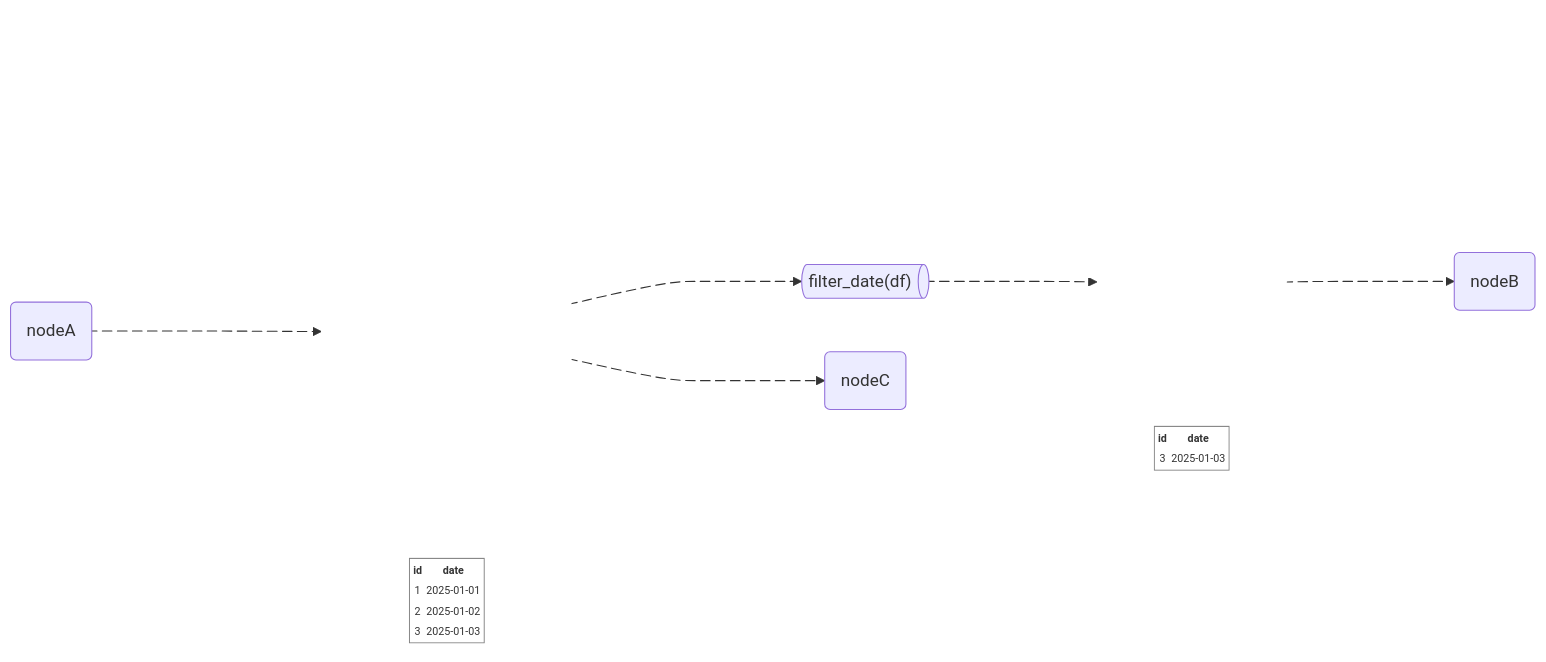
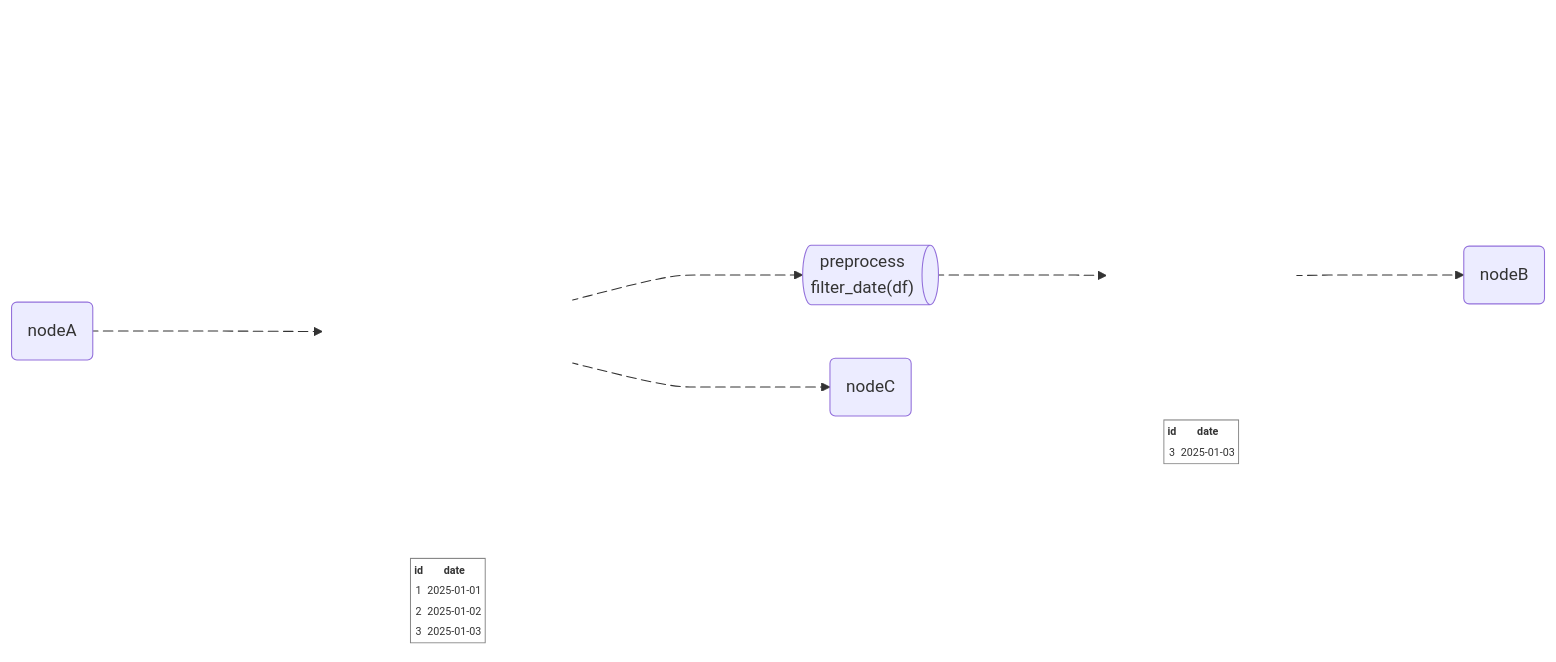
One commit to flypipe/flypipe changed the first of 2 diagrams in docs/preprocessing-flow.md. Above: the diagram before and after it, drawn with Mermaid. The commit also changed other lines of this file and 19 other files, not shown here.

````diff
--- a/docs/preprocessing-flow.md
+++ b/docs/preprocessing-flow.md
@@ -38,63 +38,63 @@
 ``` mermaid
 ---
 config:
   flowchart:
     htmlLabels: true
 ---
 flowchart LR
   nodeA(nodeA) e1@----> table(["
     <table style='border-color:gray; border-style:solid; border-width:1px; font-size:10px;'>
         <thead>
             <tr>
                 <th>id</th>
                 <th>date</th>
             </tr>
         </thead>
         <tbody>
             <tr>
                 <td>1</td>
                 <td>2025-01-01</td>
             </tr>
             <tr>
                 <td>2</td>
                 <td>2025-01-02</td>
             </tr>
             <tr>
                 <td>3</td>
                 <td>2025-01-03</td>
             </tr>      
         </tbody>
     </table>
   "]);
   e1@{ animate: true };
   
-  table e2@----> preprocessing@{ shape: das, label: "filter_date(df)" } 
+  table e2@----> preprocessing@{ shape: das, label: "preprocess<br/>filter_date(df)" } 
   e2@{ animate: true };
   
   preprocessing e3@----> preprocessedTable(["
      <table style='border-color:gray; border-style:solid; border-width:1px; font-size:10px;'>
         <thead>
             <tr>
                 <th>id</th>
                 <th>date</th>
             </tr>
         </thead>
         <tbody>
             <tr>
                 <td>3</td>
                 <td>2025-01-03</td>
             </tr>
         </tbody>
     </table>
   "]);
   e3@{ animate: true };
   
   preprocessedTable e4@----> nodeB(nodeB);
   e4@{ animate: true };
   
   table e5@----> nodeC(nodeC);
   e5@{ animate: true };
   
   style table fill:None,stroke-width:0px;
   style preprocessedTable fill:None,stroke-width:0px;
 ```
````
